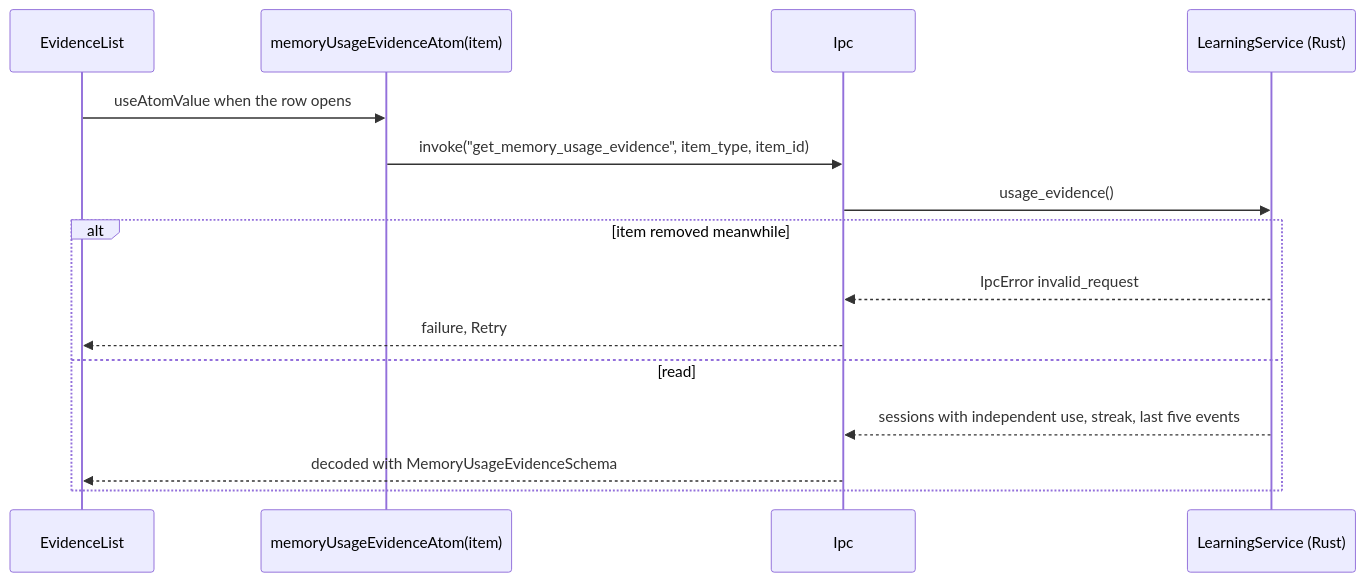
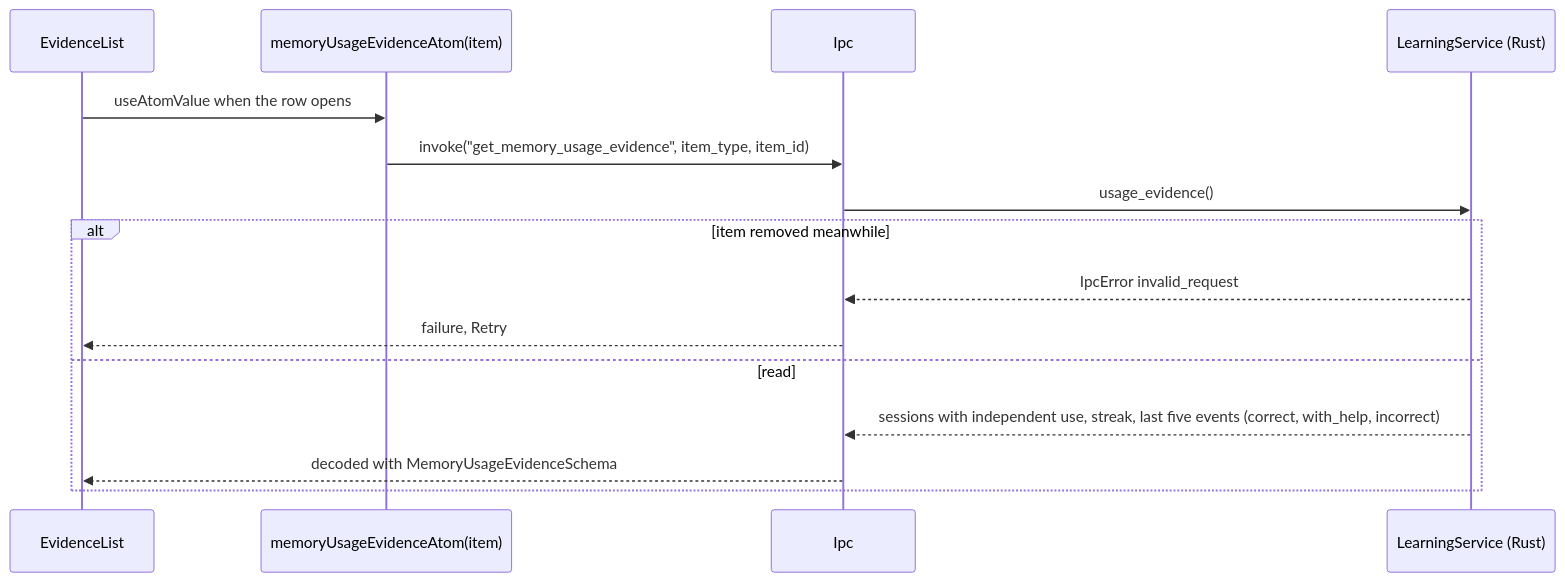
One commit to oleksii-latyshev/english-trainer changed the third of 4 diagrams in src/core/learning-memory/flow.md. Above: the diagram before and after it, drawn with Mermaid. The commit also changed other lines of this file and 80 other files, not shown here.

````diff
--- a/src/core/learning-memory/flow.md
+++ b/src/core/learning-memory/flow.md
@@ -64,18 +64,18 @@
 ```mermaid
 sequenceDiagram
     participant Row as EvidenceList
     participant Atom as memoryUsageEvidenceAtom(item)
     participant Ipc
     participant Rust as LearningService (Rust)
 
     Row->>Atom: useAtomValue when the row opens
     Atom->>Ipc: invoke("get_memory_usage_evidence", item_type, item_id)
     Ipc->>Rust: usage_evidence()
     alt item removed meanwhile
         Rust-->>Ipc: IpcError invalid_request
         Ipc-->>Row: failure, Retry
     else read
-        Rust-->>Ipc: sessions with independent use, streak, last five events
+        Rust-->>Ipc: sessions with independent use, streak, last five events (correct, with_help, incorrect)
         Ipc-->>Row: decoded with MemoryUsageEvidenceSchema
     end
 ```
````
